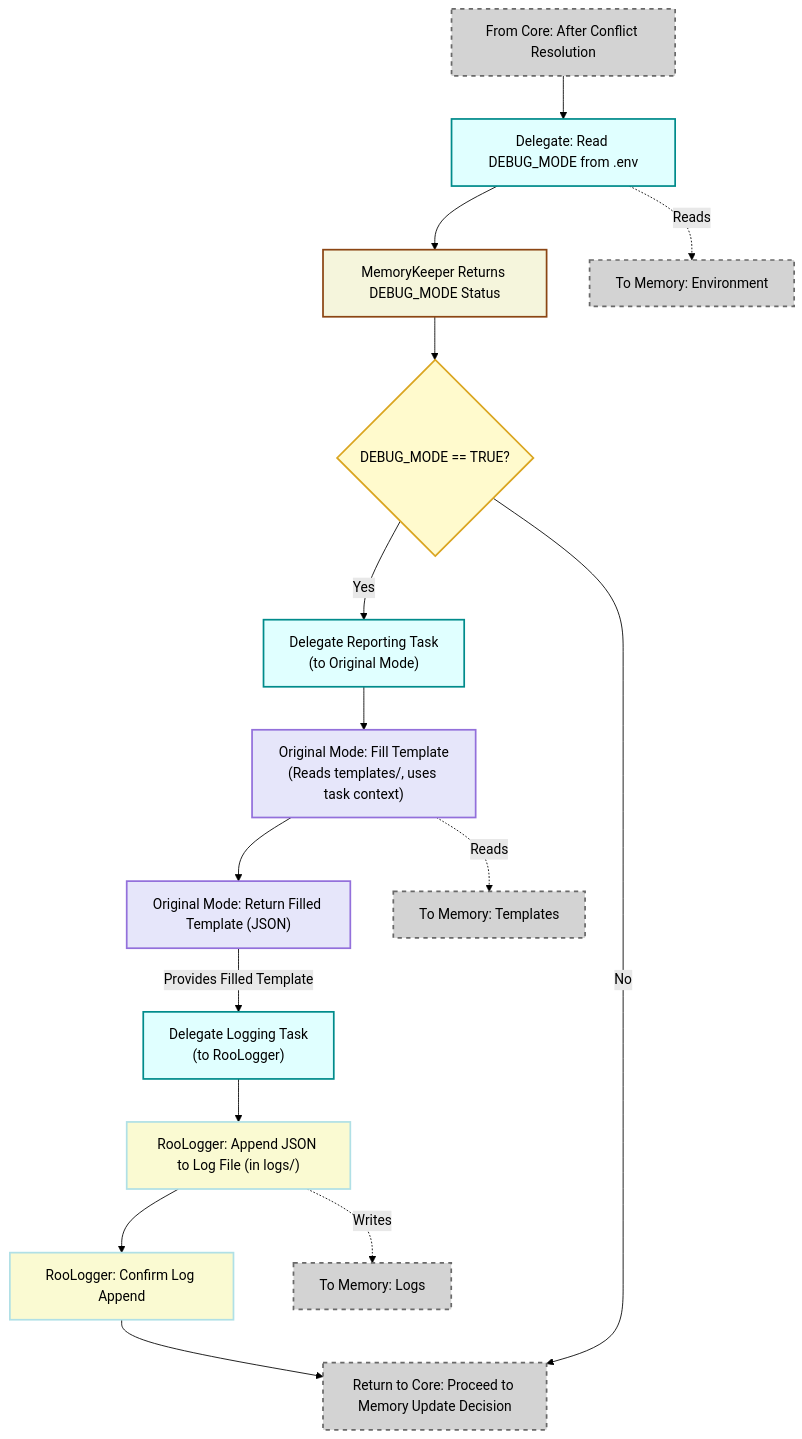
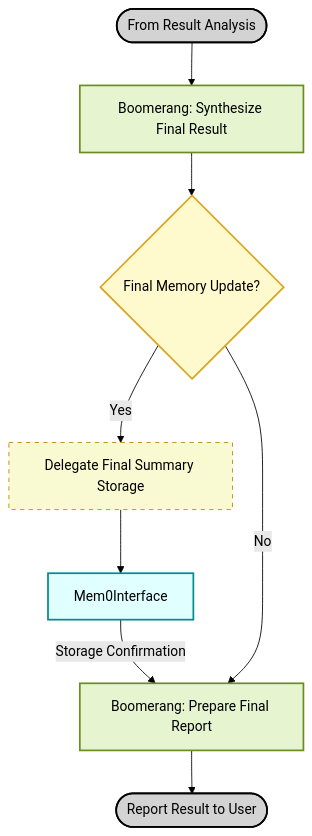
One commit to darrynv/dangeroo changed the sixth of 11 diagrams in README.md. Above: the diagram before and after it, drawn with Mermaid (forest theme). The commit also changed other lines of this file and 31 other files, not shown here.

````diff
--- a/README.md
+++ b/README.md
@@ -333,45 +363,23 @@
 ```mermaid
 flowchart TD
-    %% Logging & Reporting Diagram
-    
-    %% Connection from Core Diagram
-    Core_Log[From Core: After Conflict Resolution] --> E_checkEnv
-    
-    %% Conditional Logging Process
-    E_checkEnv[Delegate: Read DEBUG_MODE from .env]
-    E_checkEnv --> E_envRes[MemoryKeeper Returns DEBUG_MODE Status]
-    E_envRes --> E_debugDecision{DEBUG_MODE == TRUE?}
-    
-    E_debugDecision -- Yes --> L_delegate_report["Delegate Reporting Task\n(to Original Mode)"]
-    L_delegate_report --> L_report_exec["Original Mode: Fill Template\n(Reads templates/, uses task context)"]
-    L_report_exec --> L_report_res["Original Mode: Return Filled Template (JSON)"]
-    
-    L_report_res -- Provides Filled Template --> L_delegate_log["Delegate Logging Task\n(to RooLogger)"]
-    L_delegate_log --> L_exec["RooLogger: Append JSON to Log File (in logs/)"]
-    L_exec --> L_res["RooLogger: Confirm Log Append"]
-    L_res --> Log_Return
-    
-    E_debugDecision -- No --> Log_Return
-    
-    Log_Return[Return to Core: Proceed to Memory Update Decision]
-    
-    %% Connections to other diagrams
-    E_checkEnv -. "Reads" .-> Env_Read[To Memory: Environment]
-    L_report_exec -. "Reads" .-> Template_Read[To Memory: Templates]
-    L_exec -. "Writes" .-> Log_Write[To Memory: Logs]
+    FromResultAnalysis([From Result Analysis]) --> B22[Boomerang: Synthesize Final Result]
+    B22 --> B23{Final Memory Update?}
+    B23 -- Yes --> B24_DelFinalStore[Delegate Final Summary Storage]
+    B24_DelFinalStore --> MemIF[Mem0Interface]
+    MemIF -- Storage Confirmation --> B25[Boomerang: Prepare Final Report]
+    B23 -- No --> B25
+    B25 --> End([Report Result to User])
     
     %% Styling
+    classDef orchestrator fill:#e6f5d0,stroke:#6b8e23,stroke-width:2px
     classDef decision fill:#fffacd,stroke:#daa520,stroke-width:2px
-    classDef delegate fill:#e0ffff,stroke:#008b8b,stroke-width:2px
-    classDef connector fill:#d3d3d3,stroke:#696969,stroke-width:2px,stroke-dasharray:5 5
-    classDef initial_mem fill:#f5f5dc,stroke:#8b4513,stroke-width:2px
-    classDef logging fill:#fafad2,stroke:#b0e0e6,stroke-width:2px
-    classDef report fill:#e6e6fa,stroke:#9370db,stroke-width:2px
-    
-    class E_debugDecision decision
-    class L_delegate_report,L_delegate_log,E_checkEnv delegate
-    class Core_Log,Log_Return,Env_Read,Template_Read,Log_Write connector
-    class E_envRes initial_mem
-    class L_report_exec,L_report_res report
-    class L_exec,L_res logging
-``` 
+    classDef interface fill:#e0ffff,stroke:#008b8b,stroke-width:2px
+    classDef delegate fill:#fafad2,stroke:#b8860b,stroke-width:1px,stroke-dasharray: 5 5
+    classDef startend fill:#d3d3d3,stroke:#000000,stroke-width:2px
+
+    class B22,B25 orchestrator
+    class B23 decision
+    class MemIF interface
+    class B24_DelFinalStore delegate
+    class FromResultAnalysis,End startend
+```
````
